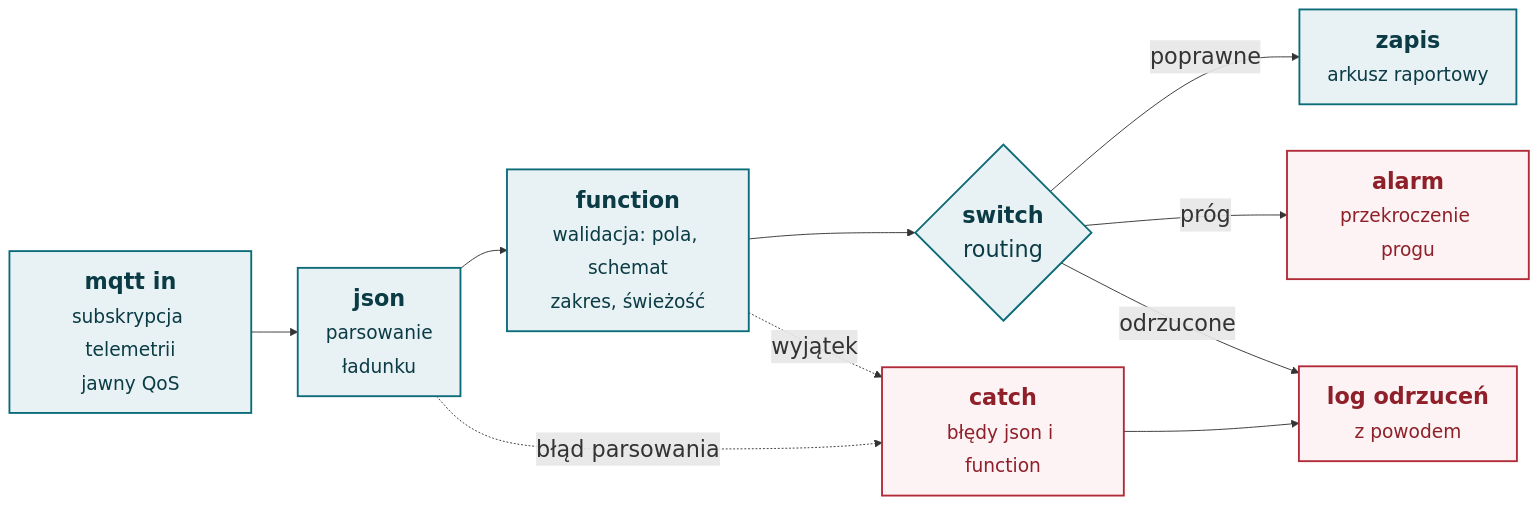
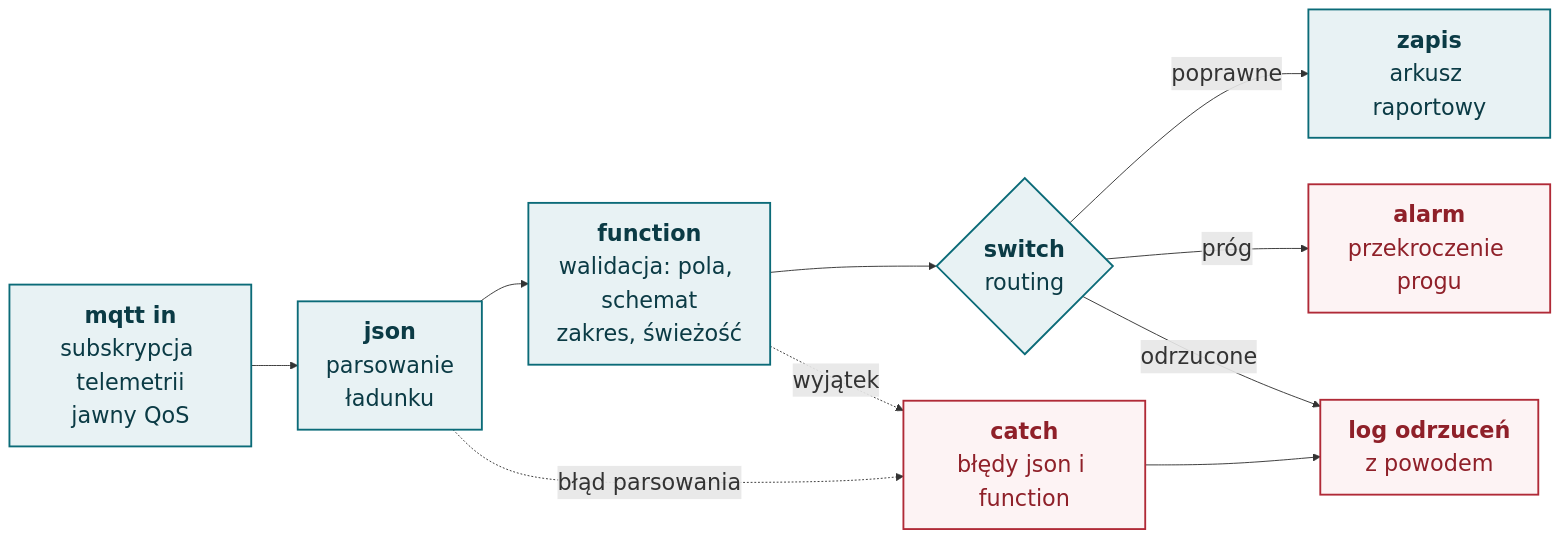
One commit to moondec/iot_lectures changed the second of 3 diagrams in slides/05-brzeg-node-red-sheets.qmd. Above: the diagram before and after it, drawn with Mermaid. The commit also changed other lines of this file and 20 other files, not shown here.

````diff
--- a/slides/05-brzeg-node-red-sheets.qmd
+++ b/slides/05-brzeg-node-red-sheets.qmd
@@ -136,25 +136,25 @@
 ```{mermaid}
 %%| fig-width: 12
-%%| fig-height: 3.6
+%%| fig-height: 3.9
 %%{init: {"themeVariables": {"fontSize": "24px"}}}%%
 flowchart LR
-    M["<b>mqtt in</b><br><small>subskrypcja telemetrii<br>jawny QoS</small>"]
-    J["<b>json</b><br><small>parsowanie<br>ładunku</small>"]
-    F["<b>function</b><br><small>walidacja: pola, schemat<br>zakres, świeżość</small>"]
+    M["<b>mqtt in</b><br>subskrypcja telemetrii<br>jawny QoS"]
+    J["<b>json</b><br>parsowanie<br>ładunku"]
+    F["<b>function</b><br>walidacja: pola, schemat<br>zakres, świeżość"]
     S{"<b>switch</b><br>routing"}
-    W["<b>zapis</b><br><small>arkusz raportowy</small>"]
-    A["<b>alarm</b><br><small>przekroczenie progu</small>"]
-    L["<b>log odrzuceń</b><br><small>z powodem</small>"]
+    W["<b>zapis</b><br>arkusz raportowy"]
+    A["<b>alarm</b><br>przekroczenie progu"]
+    L["<b>log odrzuceń</b><br>z powodem"]
     M --> J --> F --> S
     S -- "poprawne" --> W
     S -- "próg" --> A
     S -- "odrzucone" --> L
-    C["<b>catch</b><br><small>błędy json i function</small>"]
+    C["<b>catch</b><br>błędy json i function"]
     J -. "błąd parsowania" .-> C
     F -. "wyjątek" .-> C
     C --> L
     classDef n fill:#e8f2f4,stroke:#0b6b78,stroke-width:2px,color:#0b3b45
     classDef r fill:#fdf3f4,stroke:#b02a37,stroke-width:2px,color:#8f2029
     class M,J,F,S,W n
     class L,A,C r
 ```
````
